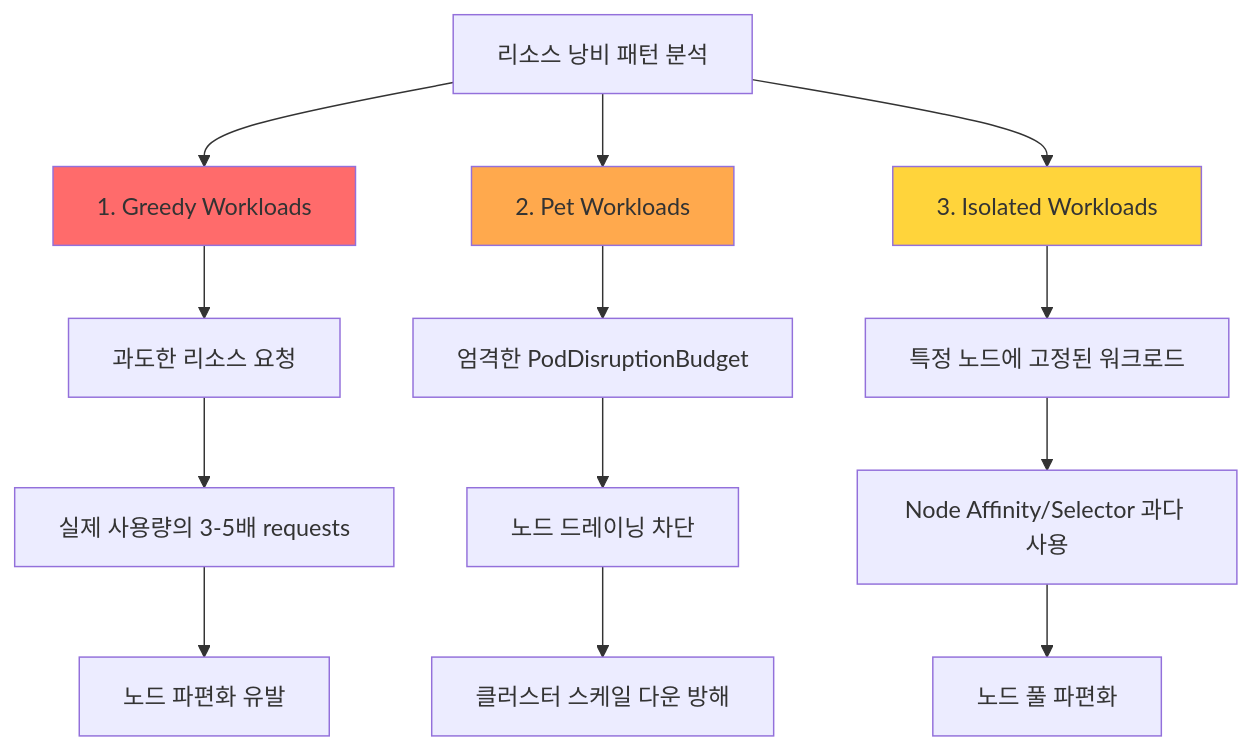
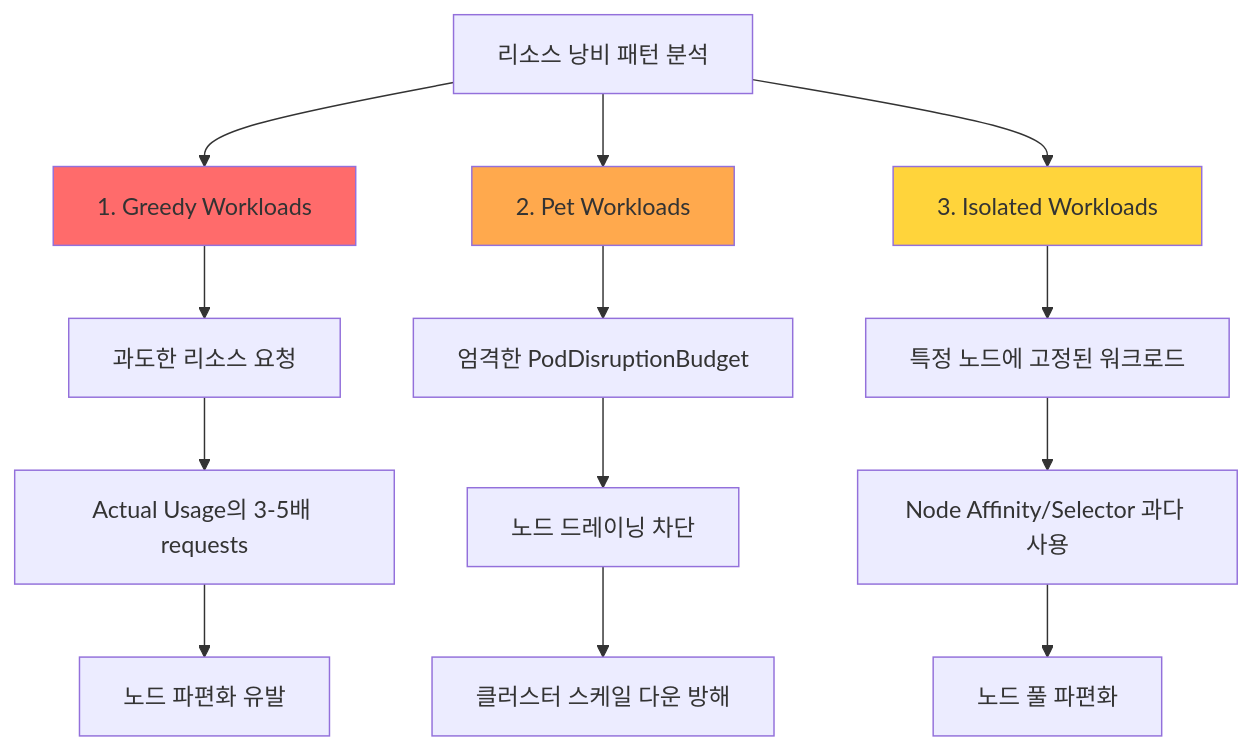
Before and after one commit to devfloor9/engineering-playbook: the eighth of 16 diagrams in i18n/en/docusaurus-plugin-content-docs/current/eks-best-practices/resource-cost/eks-resource-optimization.md, drawn with Mermaid. The commit also changed other lines of this file and 16 other files, not shown here.

````diff
--- a/i18n/en/docusaurus-plugin-content-docs/current/eks-best-practices/resource-cost/eks-resource-optimization.md
+++ b/i18n/en/docusaurus-plugin-content-docs/current/eks-best-practices/resource-cost/eks-resource-optimization.md
@@ -2627,22 +2627,22 @@
 ```mermaid
 graph TB
     A[리소스 낭비 패턴 분석] --> B[1. Greedy Workloads]
     A --> C[2. Pet Workloads]
     A --> D[3. Isolated Workloads]
 
     B --> B1[과도한 리소스 요청]
-    B1 --> B2[실제 사용량의 3-5배 requests]
+    B1 --> B2[Actual Usage의 3-5배 requests]
     B2 --> B3[노드 파편화 유발]
 
     C --> C1[엄격한 PodDisruptionBudget]
     C1 --> C2[노드 드레이닝 차단]
     C2 --> C3[클러스터 스케일 다운 방해]
 
     D --> D1[특정 노드에 고정된 워크로드]
     D1 --> D2[Node Affinity/Selector 과다 사용]
     D2 --> D3[노드 풀 파편화]
 
     style B fill:#ff6b6b
     style C fill:#ffa94d
     style D fill:#ffd43b
 ```
````
